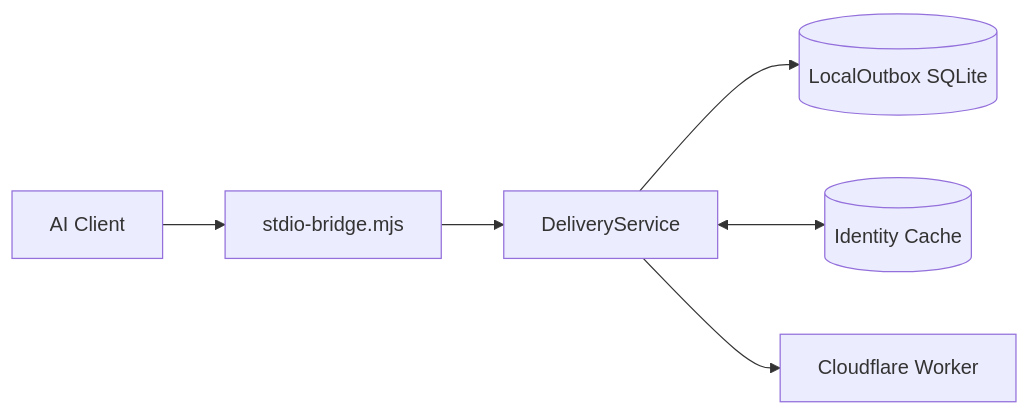
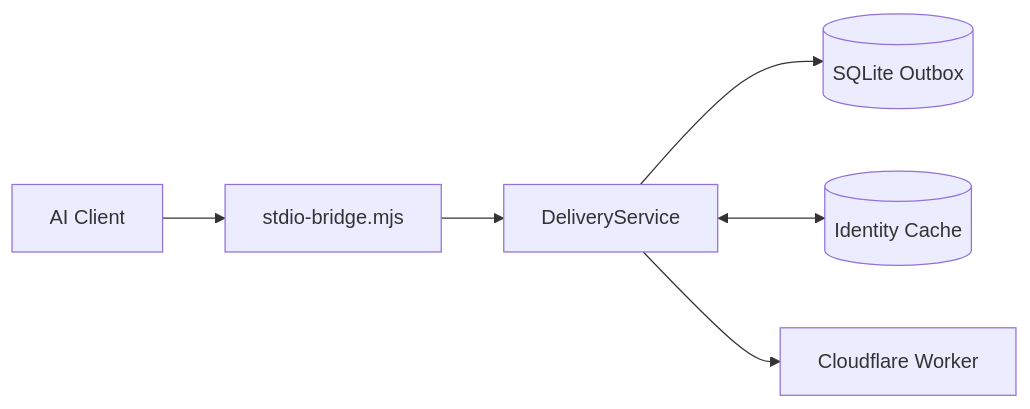
One commit to gitgotcha/my-chatgpt-mcp changed the fifth of 32 diagrams in README.md. Above: the diagram before and after it, drawn with Mermaid. The commit also changed other lines of this file, not shown here.

````diff
--- a/README.md
+++ b/README.md
@@ -531,23 +647,18 @@
 ```mermaid
 flowchart LR
 
-    CLIENT[AI Client]
-
-    STDIO[stdio-bridge.mjs]
-
-    DELIVERY[DeliveryService]
-
-    SQLITE[(LocalOutbox SQLite)]
-
-    CACHE[(Identity Cache)]
-
-    WORKER[Cloudflare Worker]
+    CLIENT["AI Client"]
+    STDIO["stdio-bridge.mjs"]
+    DELIVERY["DeliveryService"]
+    SQLITE[("SQLite Outbox")]
+    CACHE[("Identity Cache")]
+    WORKER["Cloudflare Worker"]
 
     CLIENT --> STDIO
     STDIO --> DELIVERY
 
     DELIVERY --> SQLITE
     DELIVERY <--> CACHE
 
     DELIVERY --> WORKER
 ```
````
